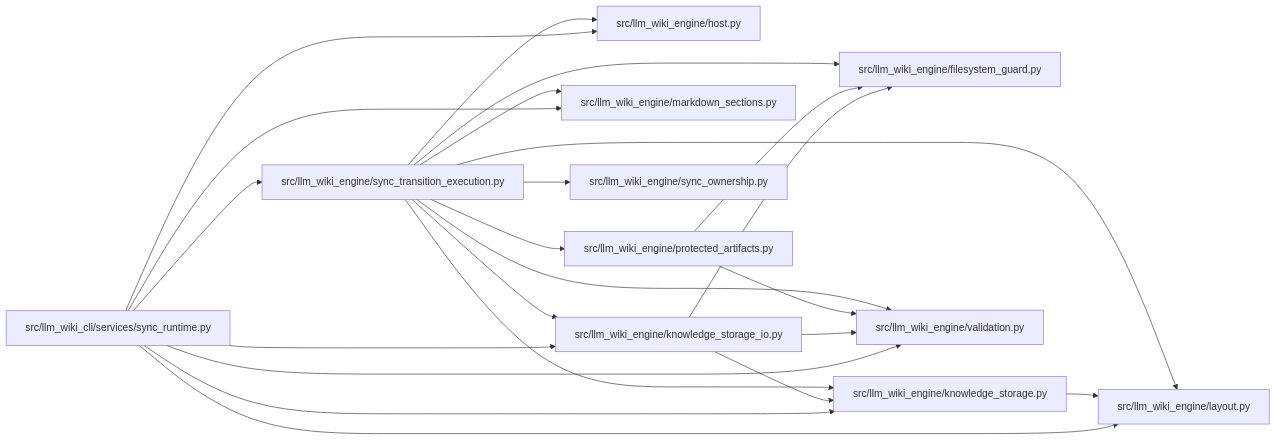
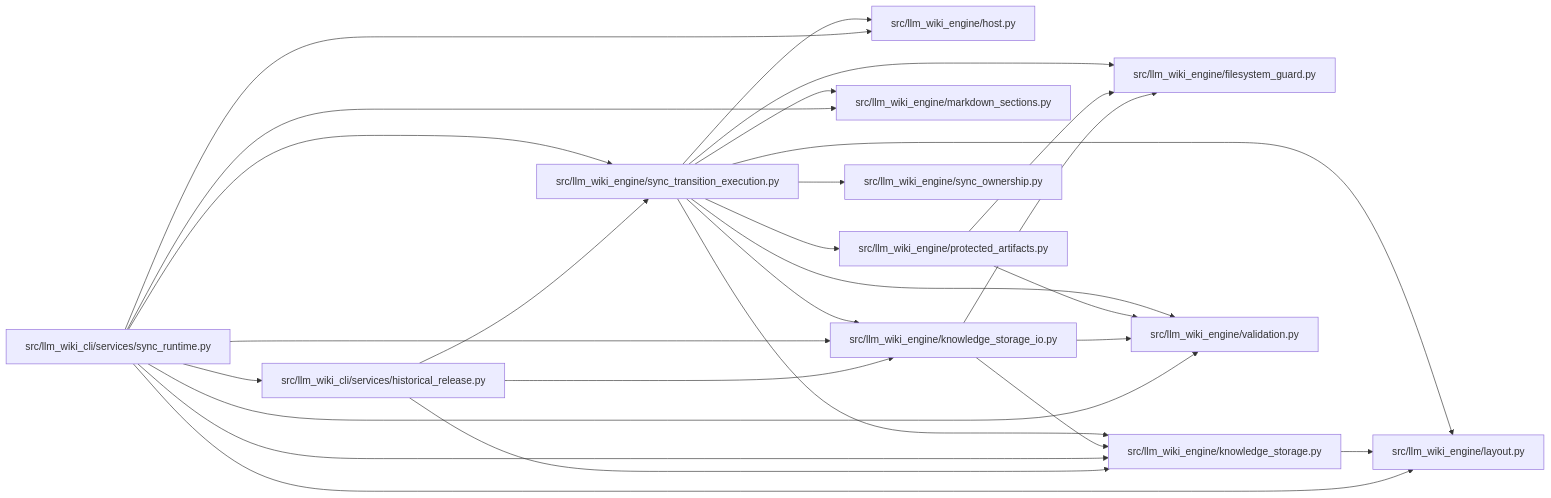
The diagram in docs/llm_wiki/modules/sync_transition_execution.md (Denissvgn/python-wiki-llm), drawn with Mermaid before and after one commit. The commit also changed other lines of this file and 699 other files, not shown here.

````diff
--- a/docs/llm_wiki/modules/sync_transition_execution.md
+++ b/docs/llm_wiki/modules/sync_transition_execution.md
@@ -35,47 +35,53 @@
 ```mermaid
 flowchart LR
-    n0["src/llm_wiki_cli/services/sync_runtime.py"]
-    n1["src/llm_wiki_engine/filesystem_guard.py"]
-    n2["src/llm_wiki_engine/host.py"]
-    n3["src/llm_wiki_engine/knowledge_storage.py"]
-    n4["src/llm_wiki_engine/knowledge_storage_io.py"]
-    n5["src/llm_wiki_engine/layout.py"]
-    n6["src/llm_wiki_engine/markdown_sections.py"]
-    n7["src/llm_wiki_engine/protected_artifacts.py"]
-    n8["src/llm_wiki_engine/sync_ownership.py"]
-    n9["src/llm_wiki_engine/sync_transition_execution.py"]
-    n10["src/llm_wiki_engine/validation.py"]
-    n0 --> n2
-    n0 --> n3
+    n0["src/llm_wiki_cli/services/historical_release.py"]
+    n1["src/llm_wiki_cli/services/sync_runtime.py"]
+    n2["src/llm_wiki_engine/filesystem_guard.py"]
+    n3["src/llm_wiki_engine/host.py"]
+    n4["src/llm_wiki_engine/knowledge_storage.py"]
+    n5["src/llm_wiki_engine/knowledge_storage_io.py"]
+    n6["src/llm_wiki_engine/layout.py"]
+    n7["src/llm_wiki_engine/markdown_sections.py"]
+    n8["src/llm_wiki_engine/protected_artifacts.py"]
+    n9["src/llm_wiki_engine/sync_ownership.py"]
+    n10["src/llm_wiki_engine/sync_transition_execution.py"]
+    n11["src/llm_wiki_engine/validation.py"]
     n0 --> n4
     n0 --> n5
-    n0 --> n6
-    n0 --> n9
     n0 --> n10
-    n3 --> n5
-    n4 --> n1
-    n4 --> n3
-    n4 --> n10
-    n7 --> n1
-    n7 --> n10
-    n9 --> n1
-    n9 --> n2
-    n9 --> n3
-    n9 --> n4
-    n9 --> n5
-    n9 --> n6
-    n9 --> n7
-    n9 --> n8
-    n9 --> n10
-    click n0 "../modules/sync_runtime.md"
-    click n1 "../modules/filesystem_guard.md"
-    click n2 "../modules/host.md"
-    click n3 "../modules/knowledge_storage.md"
-    click n4 "../modules/knowledge_storage_io.md"
-    click n5 "../modules/layout.md"
-    click n6 "../modules/markdown_sections.md"
-    click n7 "../modules/protected_artifacts.md"
-    click n8 "../modules/sync_ownership.md"
-    click n9 "../modules/sync_transition_execution.md"
-    click n10 "../modules/validation.md"
+    n1 --> n0
+    n1 --> n3
+    n1 --> n4
+    n1 --> n5
+    n1 --> n6
+    n1 --> n7
+    n1 --> n10
+    n1 --> n11
+    n4 --> n6
+    n5 --> n2
+    n5 --> n4
+    n5 --> n11
+    n8 --> n2
+    n8 --> n11
+    n10 --> n2
+    n10 --> n3
+    n10 --> n4
+    n10 --> n5
+    n10 --> n6
+    n10 --> n7
+    n10 --> n8
+    n10 --> n9
+    n10 --> n11
+    click n0 "../modules/historical_release.md"
+    click n1 "../modules/sync_runtime.md"
+    click n2 "../modules/filesystem_guard.md"
+    click n3 "../modules/host.md"
+    click n4 "../modules/knowledge_storage.md"
+    click n5 "../modules/knowledge_storage_io.md"
+    click n6 "../modules/layout.md"
+    click n7 "../modules/markdown_sections.md"
+    click n8 "../modules/protected_artifacts.md"
+    click n9 "../modules/sync_ownership.md"
+    click n10 "../modules/sync_transition_execution.md"
+    click n11 "../modules/validation.md"
 ```
````
